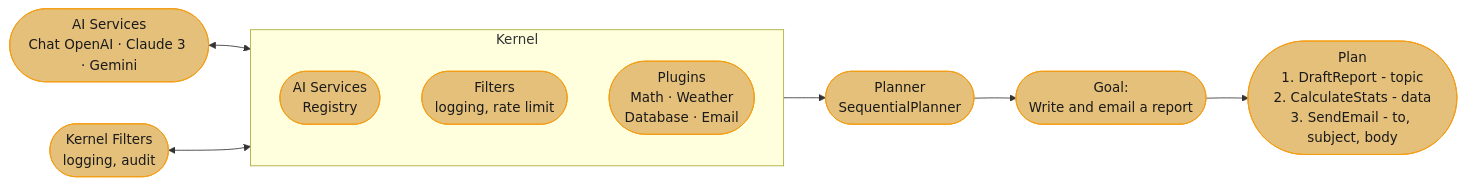
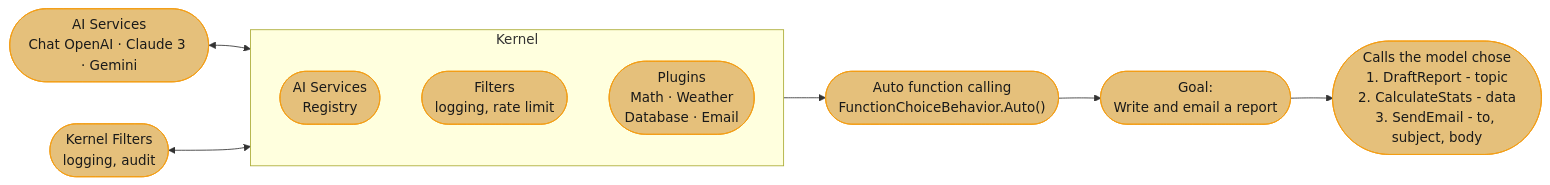
The diagram in src/main/java/com/rutik/systemdesign/llm/agentic_frameworks/semantic_kernel.md (rppol/system-design), drawn with Mermaid before and after one commit. The commit also changed other lines of this file and 655 other files, not shown here.

````diff
--- a/src/main/java/com/rutik/systemdesign/llm/agentic_frameworks/semantic_kernel.md
+++ b/src/main/java/com/rutik/systemdesign/llm/agentic_frameworks/semantic_kernel.md
@@ -77,31 +77,31 @@
 ```mermaid
 flowchart LR
     classDef io      fill:#61afef,stroke:#2e86c1,color:#1a1a1a,font-weight:bold
     classDef frozen  fill:#c678dd,stroke:#9b59b6,color:#fff
     classDef train   fill:#98c379,stroke:#27ae60,color:#1a1a1a
     classDef mathOp  fill:#d19a66,stroke:#e67e22,color:#1a1a1a,font-weight:bold
     classDef lossN   fill:#e06c75,stroke:#c0392b,color:#fff,font-weight:bold
     classDef req     fill:#56b6c2,stroke:#0097a7,color:#1a1a1a
     classDef base    fill:#e5c07b,stroke:#f39c12,color:#1a1a1a
 
     aiServices(["AI Services<br/>Chat OpenAI · Claude 3 · Gemini"])
     extFilters(["Kernel Filters<br/>logging, audit"])
 
     subgraph kernelBox["Kernel"]
         registry(["AI Services<br/>Registry"])
         intFilters(["Filters<br/>logging, rate limit"])
         plugins(["Plugins<br/>Math · Weather<br/>Database · Email"])
     end
 
-    planner(["Planner<br/>SequentialPlanner"])
+    planner(["Auto function calling<br/>FunctionChoiceBehavior.Auto()"])
     goal(["Goal:<br/>Write and email a report"])
-    plan(["Plan<br/>1. DraftReport - topic<br/>2. CalculateStats - data<br/>3. SendEmail - to, subject, body"])
+    plan(["Calls the model chose<br/>1. DraftReport - topic<br/>2. CalculateStats - data<br/>3. SendEmail - to, subject, body"])
 
     aiServices <--> kernelBox
     extFilters <--> kernelBox
     kernelBox --> planner
     planner --> goal
     goal --> plan
 
     class aiServices,extFilters,registry,intFilters,plugins,planner,goal,plan base
 ```
````
